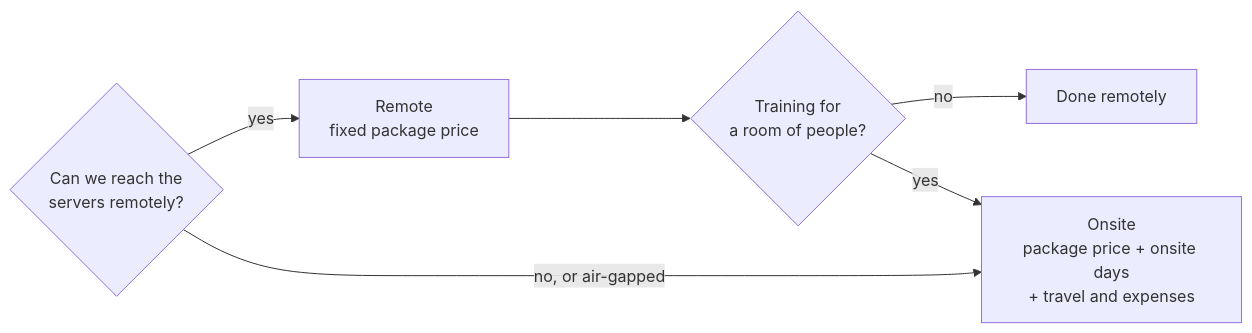
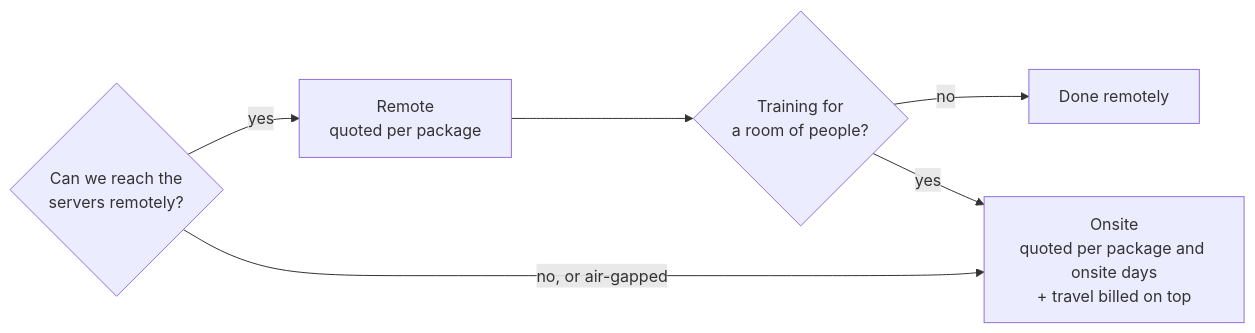
Before and after one commit to mgillr/memev: the diagram in docs/tiers/services.md, drawn with Mermaid. The commit also changed other lines of this file and 6 other files, not shown here.

````diff
--- a/docs/tiers/services.md
+++ b/docs/tiers/services.md
@@ -12,9 +12,9 @@
 ```mermaid
 flowchart LR
     q{"Can we reach the<br/>servers remotely?"}
-    q -->|yes| r["Remote<br/>fixed package price"]
-    q -->|no, or air-gapped| o["Onsite<br/>package price + onsite days<br/>+ travel and expenses"]
+    q -->|yes| r["Remote<br/>quoted per package"]
+    q -->|no, or air-gapped| o["Onsite<br/>quoted per package and onsite days<br/>+ travel billed on top"]
     r --> t{"Training for<br/>a room of people?"}
     t -->|no| done["Done remotely"]
     t -->|yes| o
 ```
````
